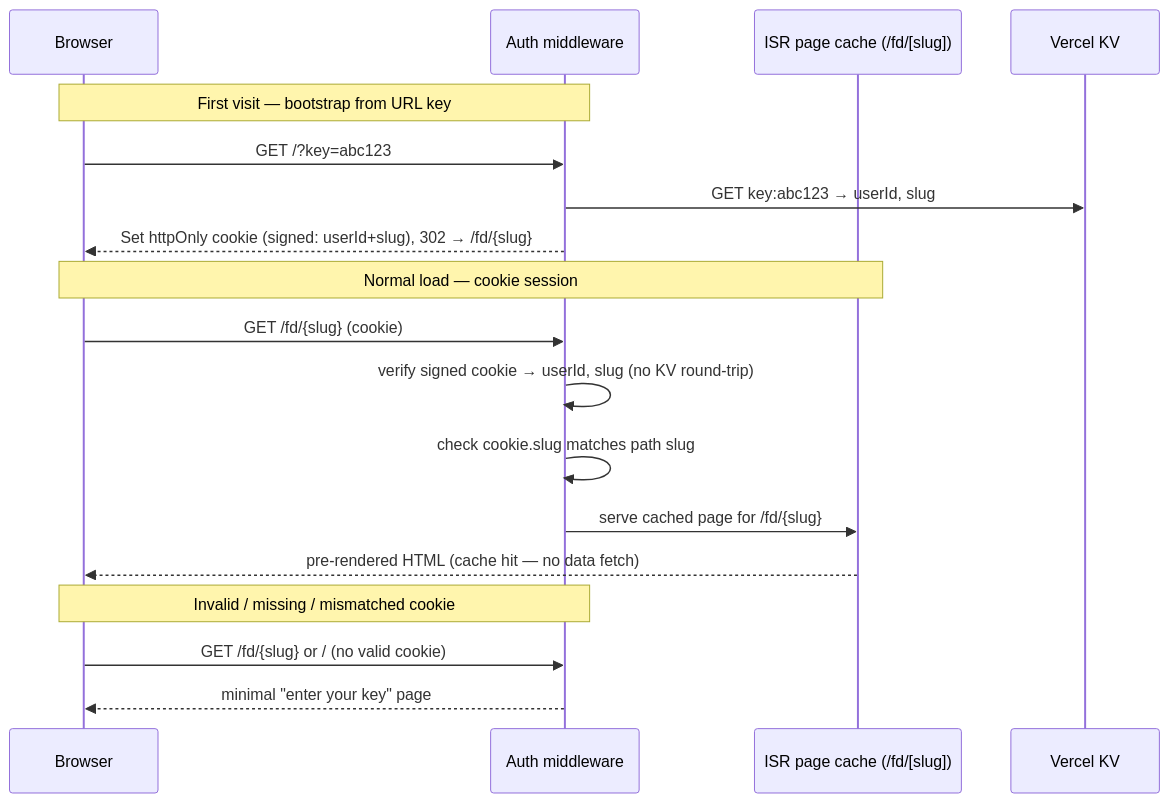
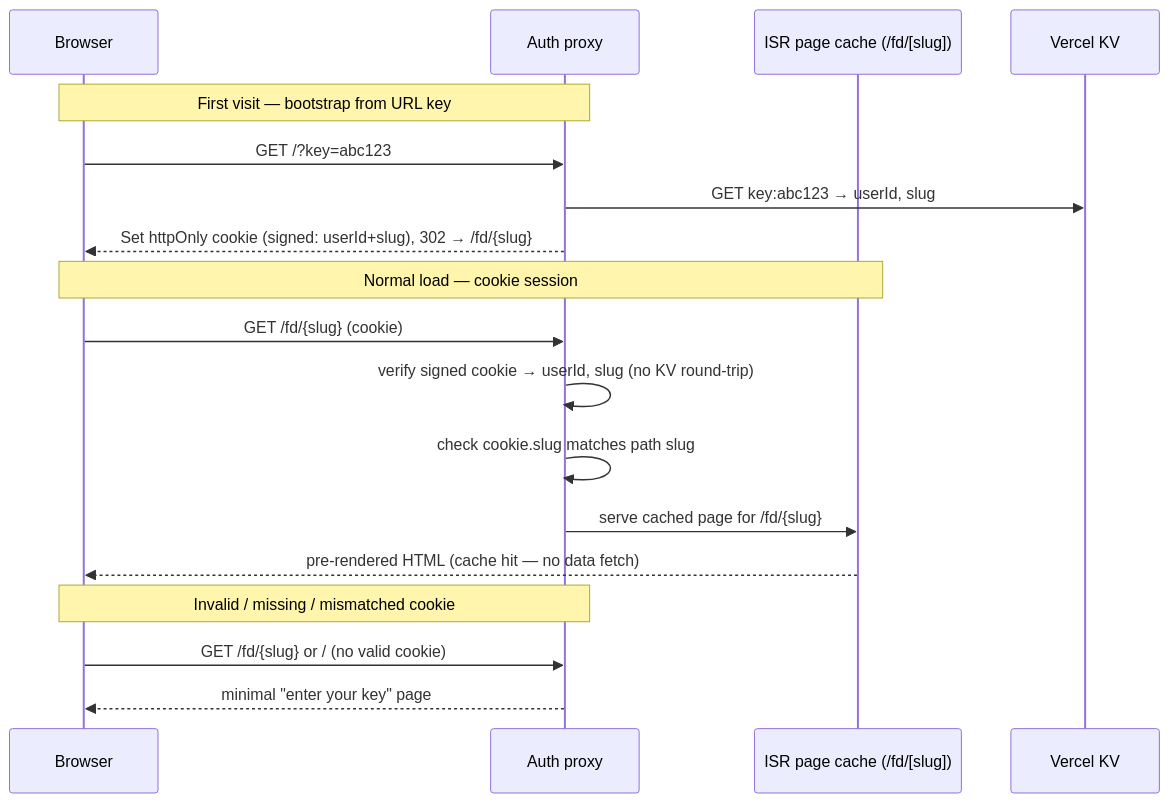
The fourth of 7 diagrams in docs/architecture.md (vedanta/frontdoor), drawn with Mermaid before and after one commit. The commit also changed other lines of this file and 10 other files, not shown here.

First line of the commit message:
#62 + #92 Rename middleware.ts → proxy.ts; add proxy.test.ts (#93)

````diff
--- a/docs/architecture.md
+++ b/docs/architecture.md
@@ -191,23 +191,23 @@
 ```mermaid
 sequenceDiagram
     participant B as Browser
-    participant MW as Auth middleware
+    participant MW as Auth proxy
     participant ISR as ISR page cache (/fd/[slug])
     participant KV as Vercel KV
 
     Note over B,MW: First visit — bootstrap from URL key
     B->>MW: GET /?key=abc123
     MW->>KV: GET key:abc123 → userId, slug
     MW-->>B: Set httpOnly cookie (signed: userId+slug), 302 → /fd/{slug}
 
     Note over B,ISR: Normal load — cookie session
     B->>MW: GET /fd/{slug} (cookie)
     MW->>MW: verify signed cookie → userId, slug (no KV round-trip)
     MW->>MW: check cookie.slug matches path slug
     MW->>ISR: serve cached page for /fd/{slug}
     ISR-->>B: pre-rendered HTML (cache hit — no data fetch)
 
     Note over B,MW: Invalid / missing / mismatched cookie
     B->>MW: GET /fd/{slug} or / (no valid cookie)
     MW-->>B: minimal "enter your key" page
 ```
````
